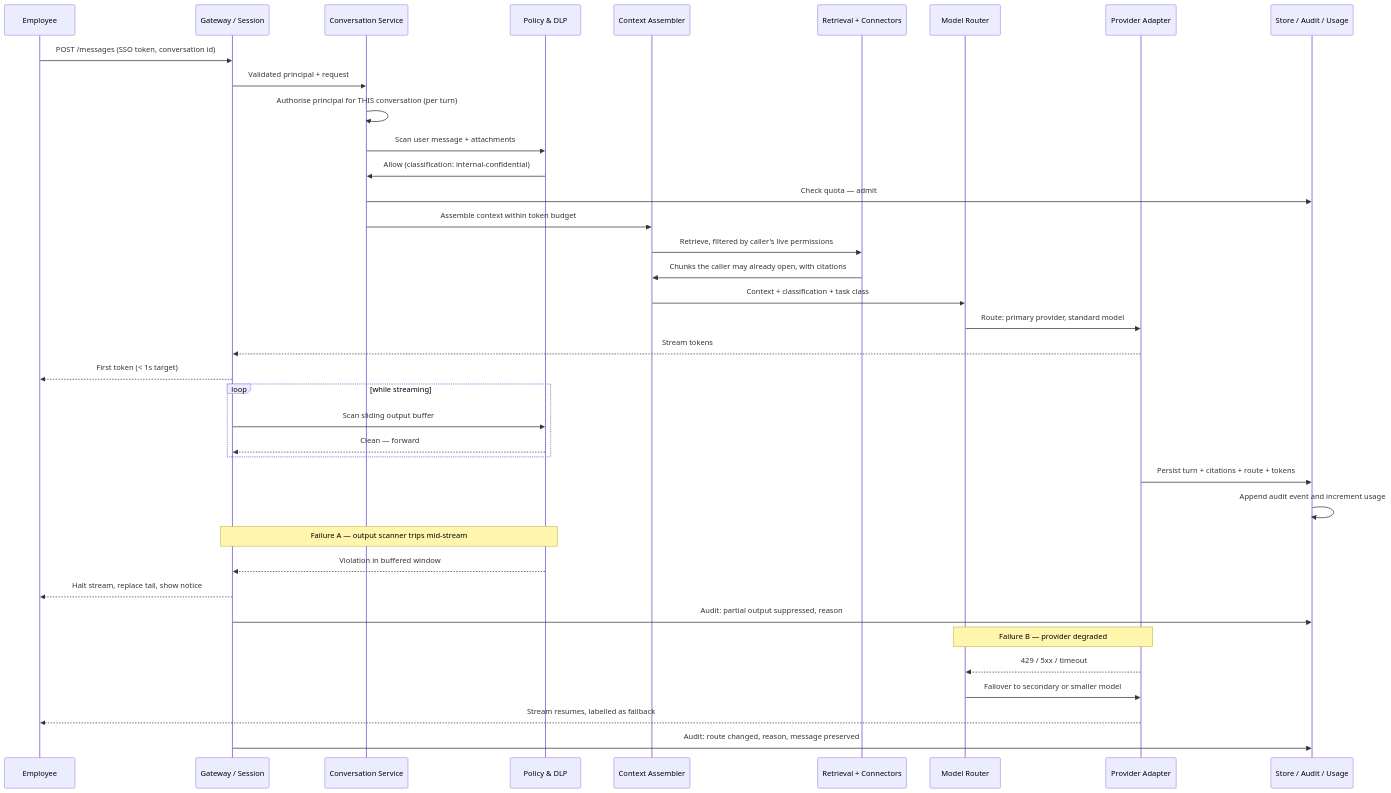
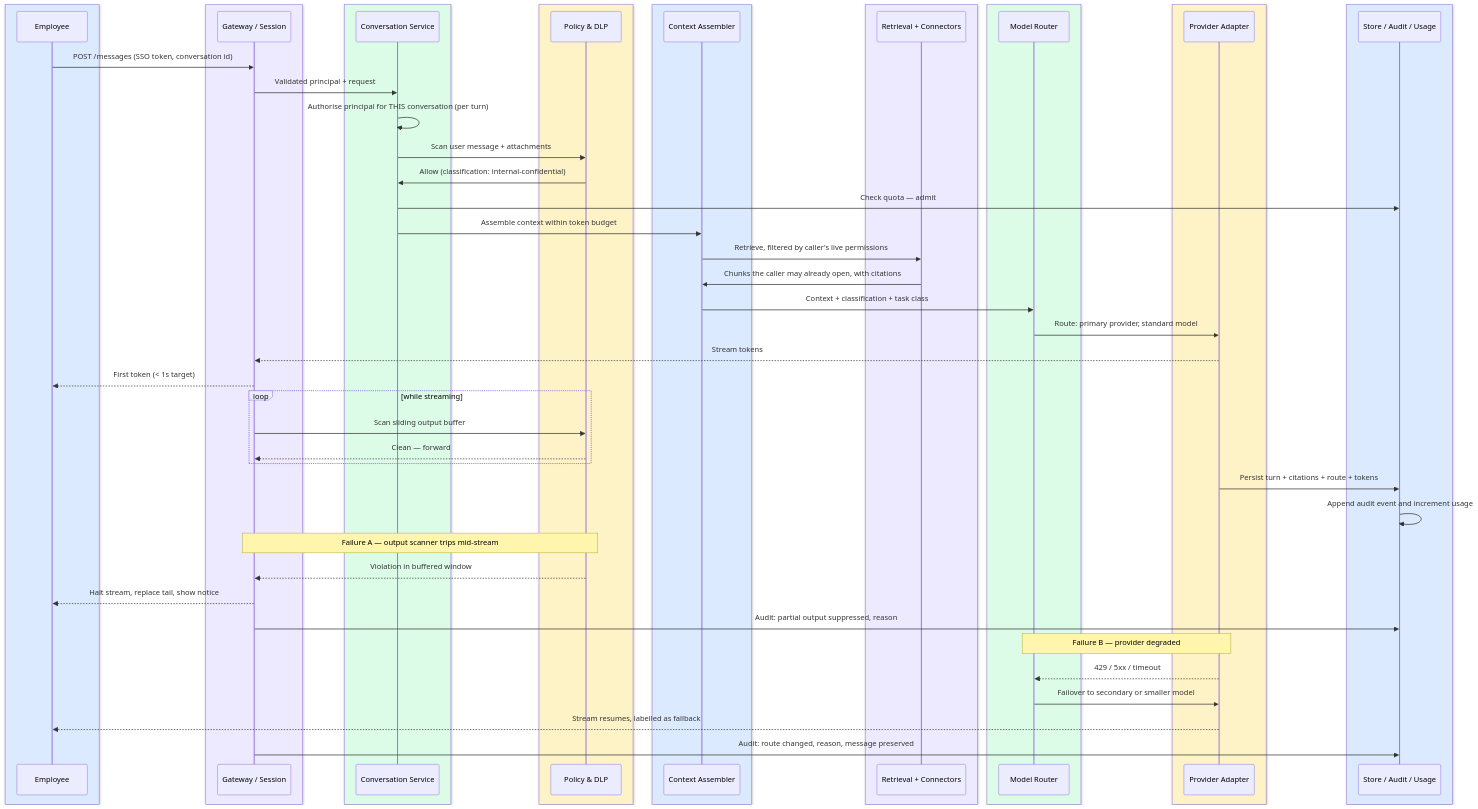
The second of 2 diagrams in site/content/modules/15-fde-case-studies/standalone-designs/enterprise-chatbot-platform/tutorial-v2-part-2.md (Sourav692/Forward-Deployed-Engineer-Interview-Prep), drawn with Mermaid before and after one commit. The commit also changed other lines of this file and 1268 other files, not shown here.

Commit message:
content: polish casebook prose and colour Mermaid diagrams

````diff
--- a/site/content/modules/15-fde-case-studies/standalone-designs/enterprise-chatbot-platform/tutorial-v2-part-2.md
+++ b/site/content/modules/15-fde-case-studies/standalone-designs/enterprise-chatbot-platform/tutorial-v2-part-2.md
@@ -182,43 +194,61 @@
 ```mermaid
 sequenceDiagram
-    participant U as Employee
-    participant GW as Gateway / Session
-    participant CS as Conversation Service
-    participant P as Policy & DLP
-    participant A as Context Assembler
-    participant R as Retrieval + Connectors
-    participant MR as Model Router
-    participant PA as Provider Adapter
-    participant ST as Store / Audit / Usage
+    box rgb(219,234,254)
+        participant U as Employee
+    end
+    box rgb(237,233,254)
+        participant GW as Gateway / Session
+    end
+    box rgb(220,252,231)
+        participant CS as Conversation Service
+    end
+    box rgb(254,243,199)
+        participant P as Policy & DLP
+    end
+    box rgb(219,234,254)
+        participant A as Context Assembler
+    end
+    box rgb(237,233,254)
+        participant R as Retrieval + Connectors
+    end
+    box rgb(220,252,231)
+        participant MR as Model Router
+    end
+    box rgb(254,243,199)
+        participant PA as Provider Adapter
+    end
+    box rgb(219,234,254)
+        participant ST as Store / Audit / Usage
+    end
 
     U->>GW: POST /messages (SSO token, conversation id)
     GW->>CS: Validated principal + request
     CS->>CS: Authorise principal for THIS conversation (per turn)
     CS->>P: Scan user message + attachments
     P->>CS: Allow (classification: internal-confidential)
     CS->>ST: Check quota — admit
     CS->>A: Assemble context within token budget
     A->>R: Retrieve, filtered by caller's live permissions
     R->>A: Chunks the caller may already open, with citations
     A->>MR: Context + classification + task class
     MR->>PA: Route: primary provider, standard model
     PA-->>GW: Stream tokens
     GW-->>U: First token (< 1s target)
     loop while streaming
         GW->>P: Scan sliding output buffer
         P-->>GW: Clean — forward
     end
     PA->>ST: Persist turn + citations + route + tokens
     ST->>ST: Append audit event and increment usage
 
     Note over P,GW: Failure A — output scanner trips mid-stream
     P-->>GW: Violation in buffered window
     GW-->>U: Halt stream, replace tail, show notice
     GW->>ST: Audit: partial output suppressed, reason
 
     Note over PA,MR: Failure B — provider degraded
     PA-->>MR: 429 / 5xx / timeout
     MR->>PA: Failover to secondary or smaller model
     PA-->>U: Stream resumes, labelled as fallback
     GW->>ST: Audit: route changed, reason, message preserved
 ```
````
